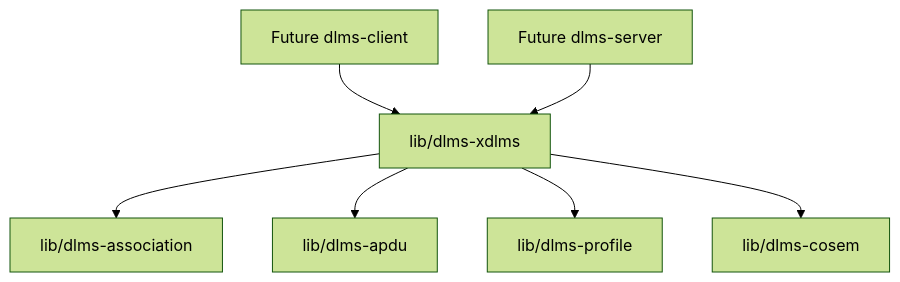
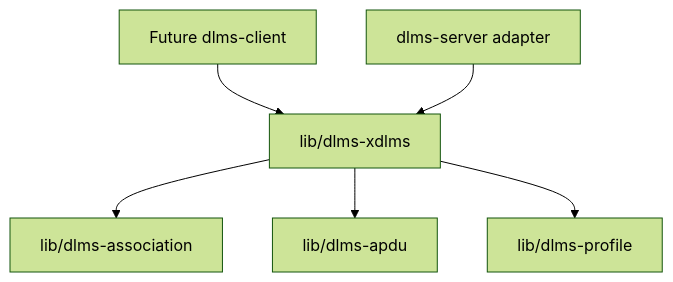
Before and after one commit to gvtret/dlms-xdlms: the first of 4 diagrams in docs/architecture.md, drawn with Mermaid (forest theme). The commit also changed other lines of this file and 4 other files, not shown here.

First line of the commit message:
docs(xdlms): define server normal get boundary

````diff
--- a/docs/architecture.md
+++ b/docs/architecture.md
@@ -5,17 +5,15 @@
 ```mermaid
 flowchart TD
   Facade["Future dlms-client"]
-  Server["Future dlms-server"]
+  Server["dlms-server adapter"]
   XDlms["lib/dlms-xdlms"]
   Association["lib/dlms-association"]
   Apdu["lib/dlms-apdu"]
   Profile["lib/dlms-profile"]
-  Cosem["lib/dlms-cosem"]
 
   Facade --> XDlms
   Server --> XDlms
   XDlms --> Association
   XDlms --> Apdu
   XDlms --> Profile
-  XDlms --> Cosem
 ```
````
